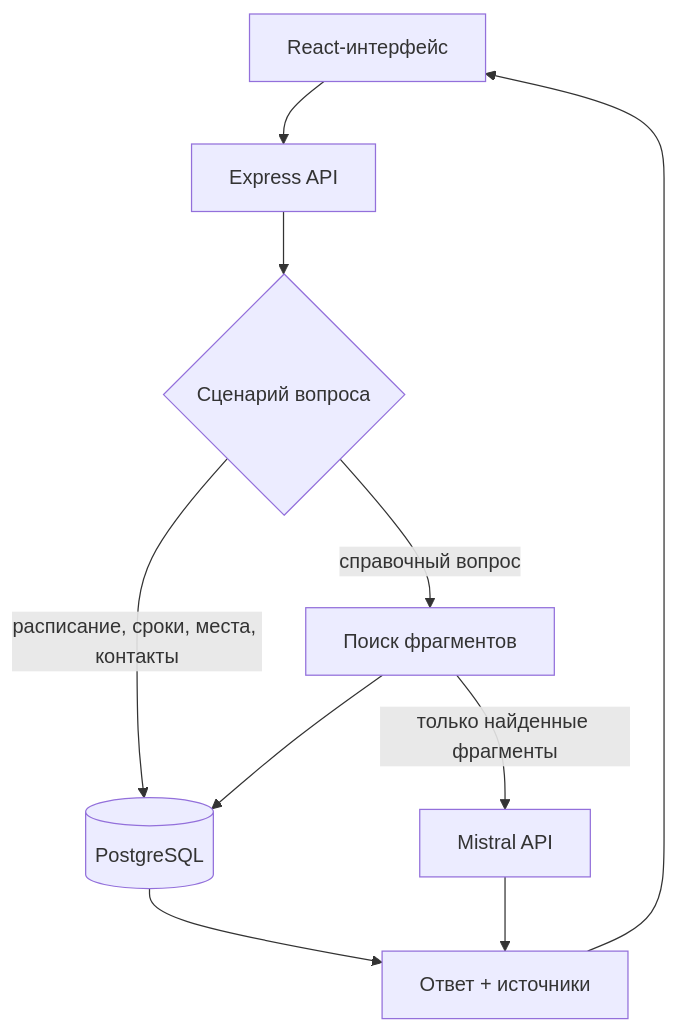
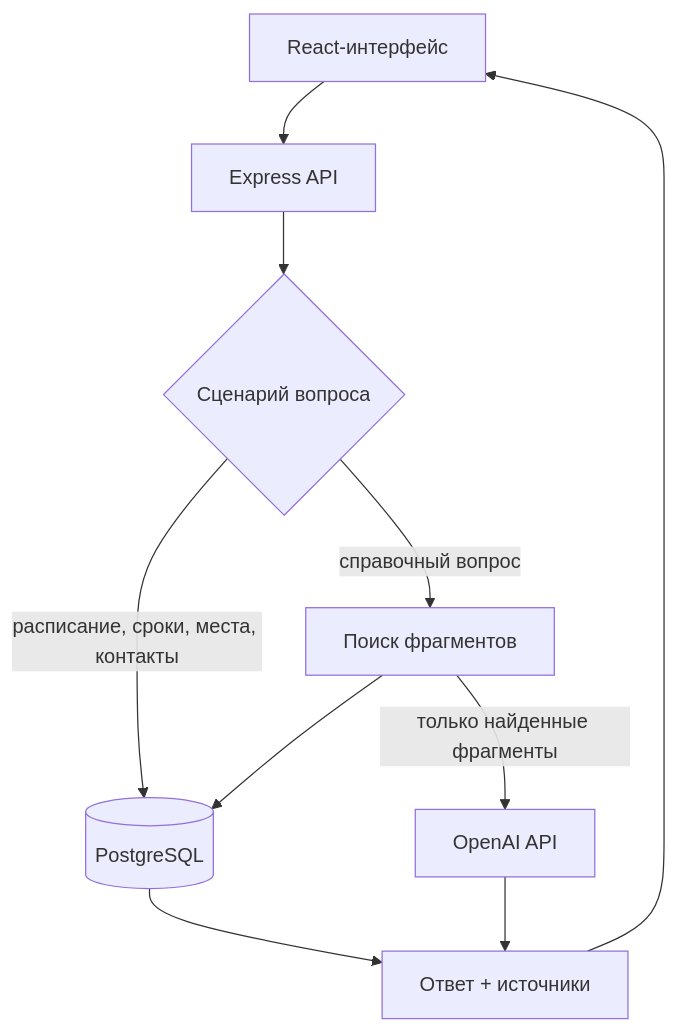
The diagram in docs/MVP_SPEC.md (WebDevveloper/ai-web-application), drawn with Mermaid before and after one commit. The commit also changed other lines of this file and 11 other files, not shown here.

````diff
--- a/docs/MVP_SPEC.md
+++ b/docs/MVP_SPEC.md
@@ -35,12 +35,12 @@
 ```mermaid
 flowchart TD
     UI["React-интерфейс"] --> API["Express API"]
     API --> INTENT{"Сценарий вопроса"}
     INTENT -->|расписание, сроки, места, контакты| DB[(PostgreSQL)]
     INTENT -->|справочный вопрос| SEARCH["Поиск фрагментов"]
     SEARCH --> DB
-    SEARCH -->|только найденные фрагменты| LLM["Mistral API"]
+    SEARCH -->|только найденные фрагменты| LLM["OpenAI API"]
     DB --> ANSWER["Ответ + источники"]
     LLM --> ANSWER
     ANSWER --> UI
 ```
````
